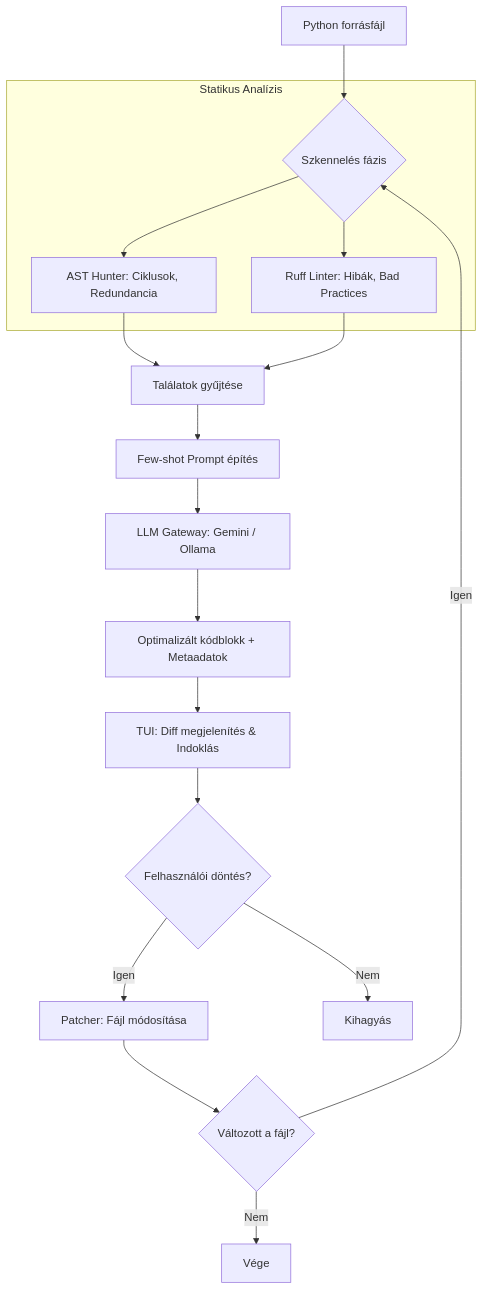
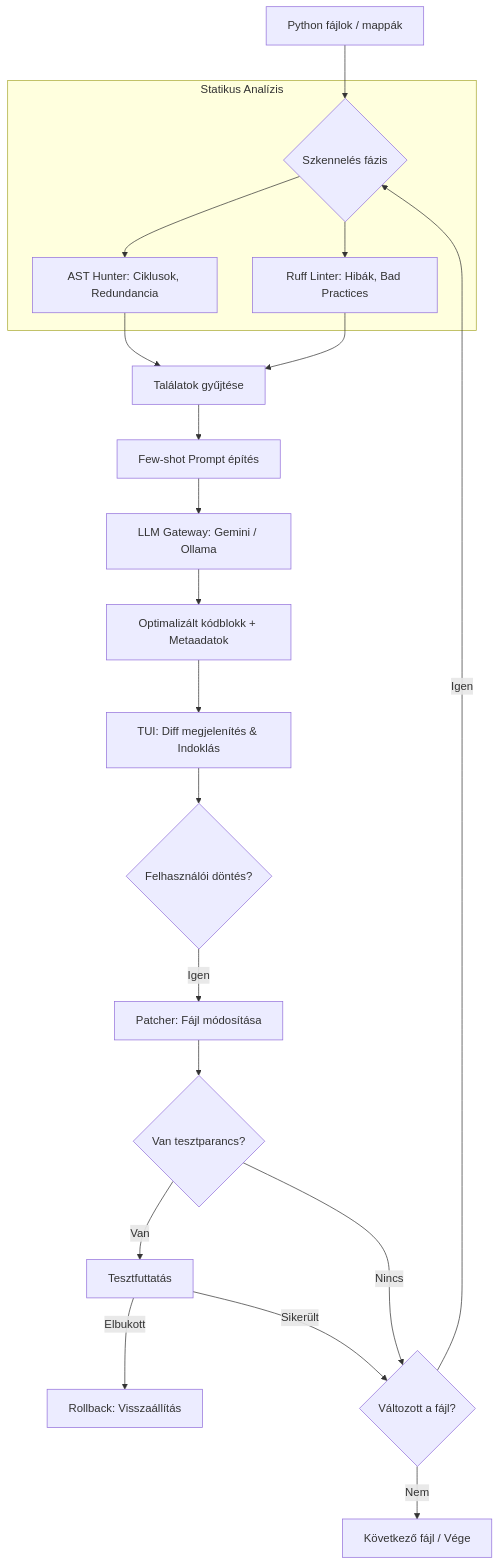
Before and after one commit to BenceGyurus/code-optimizer: the diagram in README.md, drawn with Mermaid. The commit also changed other lines of this file and 8 other files, not shown here.

````diff
--- a/README.md
+++ b/README.md
@@ -17,27 +17,31 @@
 ```mermaid
 graph TD
-    A[Python forrásfájl] --> B{Szkennelés fázis}
+    A[Python fájlok / mappák] --> B{Szkennelés fázis}
     
     subgraph "Statikus Analízis"
         B --> B1[AST Hunter: Ciklusok, Redundancia]
         B --> B2[Ruff Linter: Hibák, Bad Practices]
     end
     
     B1 --> C[Találatok gyűjtése]
     B2 --> C
     
     C --> D[Few-shot Prompt építés]
     D --> E[LLM Gateway: Gemini / Ollama]
     
     E --> F[Optimalizált kódblokk + Metaadatok]
     
     F --> G[TUI: Diff megjelenítés & Indoklás]
     G --> H{Felhasználói döntés?}
     
     H -- Igen --> I[Patcher: Fájl módosítása]
-    H -- Nem --> J[Kihagyás]
+    I --> J{Van tesztparancs?}
     
-    I --> K{Változott a fájl?}
+    J -- Van --> J1[Tesztfuttatás]
+    J1 -- Elbukott --> J2[Rollback: Visszaállítás]
+    J1 -- Sikerült --> K
+    
+    J -- Nincs --> K{Változott a fájl?}
     K -- Igen --> B
-    K -- Nem --> L[Vége]
+    K -- Nem --> L[Következő fájl / Vége]
 ```
````
